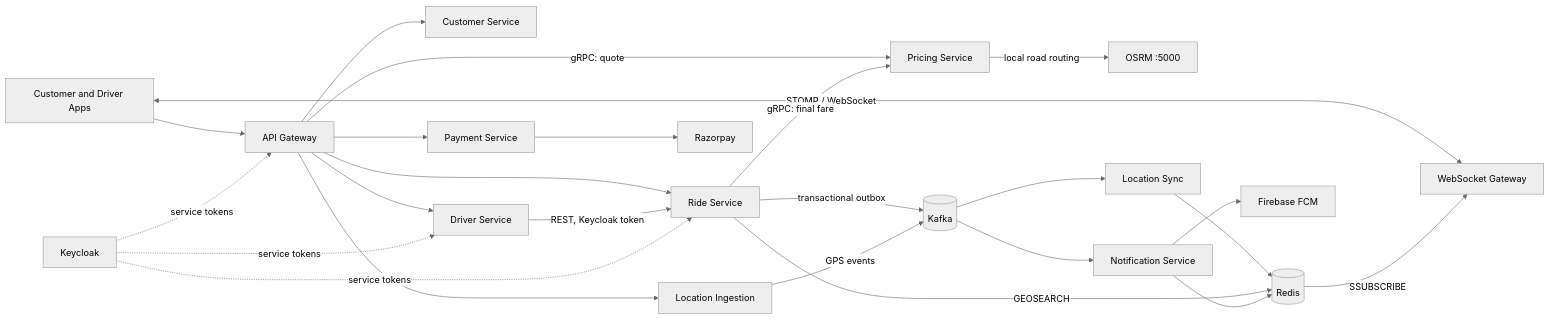
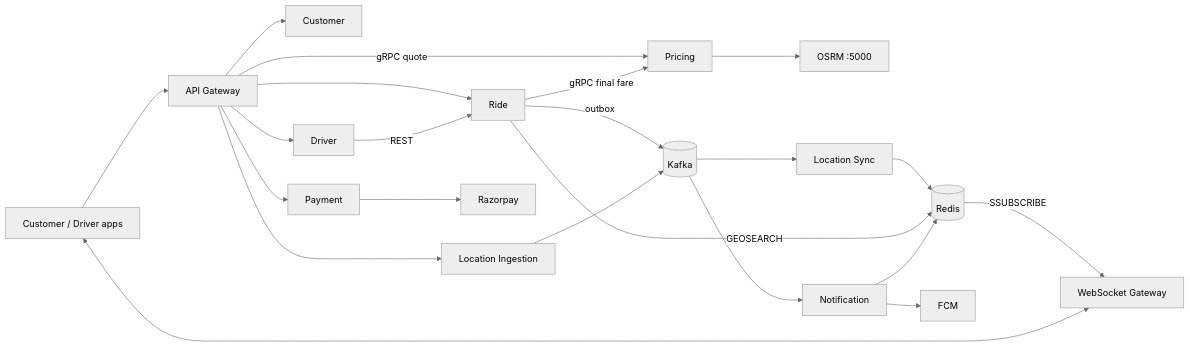
One commit to shashank35i/GoOn---Ride-Hailing-Microservices-Platform changed the first of 2 diagrams in README.md. Above: the diagram before and after it, drawn with Mermaid (neutral theme). The commit also changed other lines of this file, not shown here.

````diff
--- a/README.md
+++ b/README.md
@@ -34,28 +22,24 @@
 ```mermaid
 flowchart LR
-    Apps[Customer and Driver Apps] --> Gateway[API Gateway]
-    Gateway --> Customer[Customer Service]
-    Gateway --> Driver[Driver Service]
-    Gateway --> Ride[Ride Service]
-    Gateway --> Ingest[Location Ingestion]
-    Gateway --> Payment[Payment Service]
-    Gateway -->|gRPC: quote| Pricing[Pricing Service]
-    Driver -->|REST, Keycloak token| Ride
-    Apps <-->|STOMP / WebSocket| WS[WebSocket Gateway]
-
-    Ride -->|gRPC: final fare| Pricing
-    Pricing -->|local road routing| OSRM[OSRM :5000]
-    Ride -->|transactional outbox| Kafka[(Kafka)]
-    Ingest -->|GPS events| Kafka
-    Kafka --> LocationSync[Location Sync]
-    LocationSync --> Redis[(Redis)]
+    Apps[Customer / Driver apps] --> GW[API Gateway]
+    GW --> Customer[Customer]
+    GW --> Driver[Driver]
+    GW --> Ride[Ride]
+    GW --> Ingest[Location Ingestion]
+    GW --> Payment[Payment]
+    GW -->|gRPC quote| Pricing[Pricing]
+    Driver -->|REST| Ride
+    Ride -->|gRPC final fare| Pricing
+    Pricing --> OSRM[OSRM :5000]
+    Ride -->|outbox| Kafka[(Kafka)]
+    Ingest --> Kafka
+    Kafka --> Sync[Location Sync]
+    Kafka --> Notif[Notification]
+    Sync --> Redis[(Redis)]
     Ride -->|GEOSEARCH| Redis
-    Redis -->|SSUBSCRIBE| WS
-    Kafka --> Notification[Notification Service]
-    Notification --> FCM[Firebase FCM]
-    Notification --> Redis
+    Notif --> Redis
+    Notif --> FCM[FCM]
+    Redis -->|SSUBSCRIBE| WS[WebSocket Gateway]
+    WS <--> Apps
     Payment --> Razorpay[Razorpay]
-    Keycloak[Keycloak] -. service tokens .-> Gateway
-    Keycloak -. service tokens .-> Driver
-    Keycloak -. service tokens .-> Ride
 ```
````
